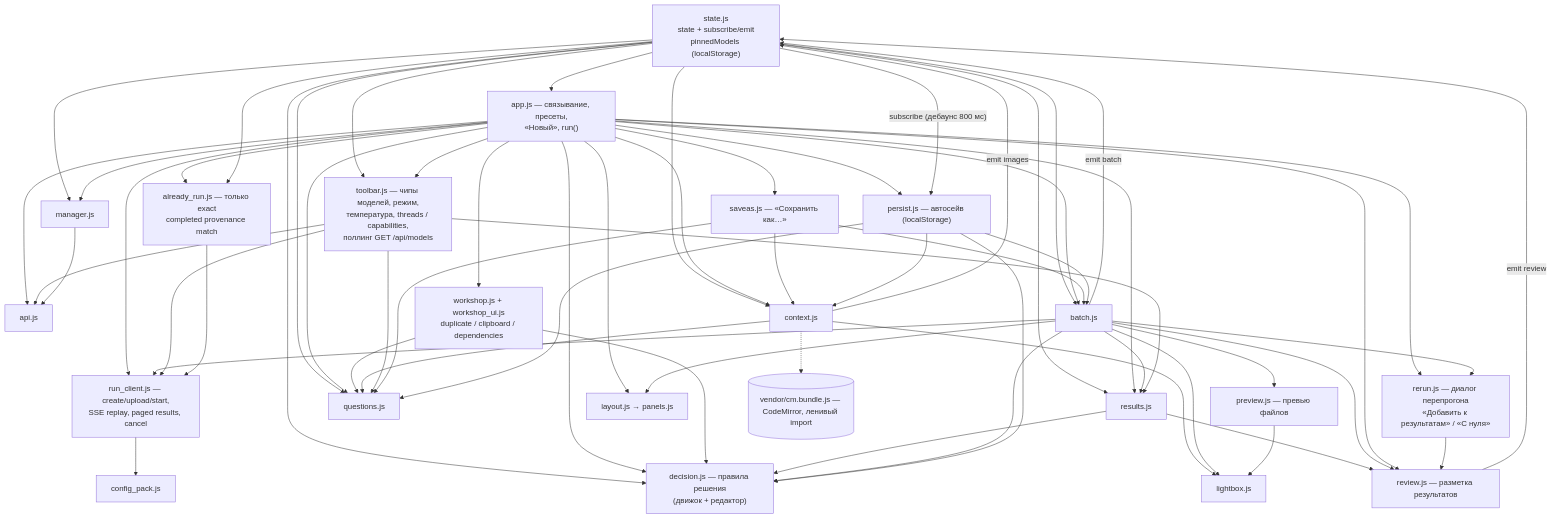
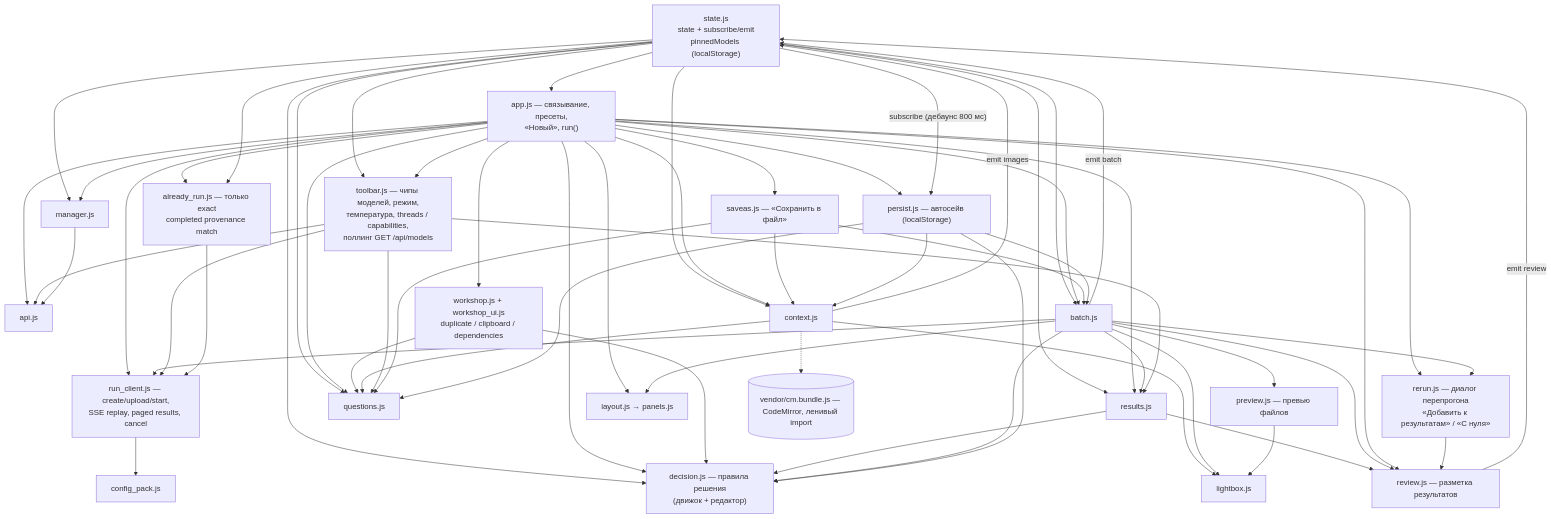
Before and after one commit to chkalofff/decision-qa: the fourth of 5 diagrams in ARCHITECTURE.md, drawn with Mermaid. The commit also changed other lines of this file and 9 other files, not shown here.

```diff
--- a/ARCHITECTURE.md
+++ b/ARCHITECTURE.md
@@ -735,7 +736,7 @@
     STATE["state.js<br/>state + subscribe/emit<br/>pinnedModels (localStorage)"]
     APIJS[api.js]
     APP["app.js — связывание, пресеты,<br/>«Новый», run()"]
-    SAVEAS["saveas.js — «Сохранить как…»"]
+    SAVEAS["saveas.js — «Сохранить в файл»"]
     RERUN["rerun.js — диалог перепрогона<br/>«Добавить к результатам» / «С нуля»"]
     RC["run_client.js — create/upload/start,<br/>SSE replay, paged results, cancel"]
     AR["already_run.js — только exact<br/>completed provenance match"]
```
